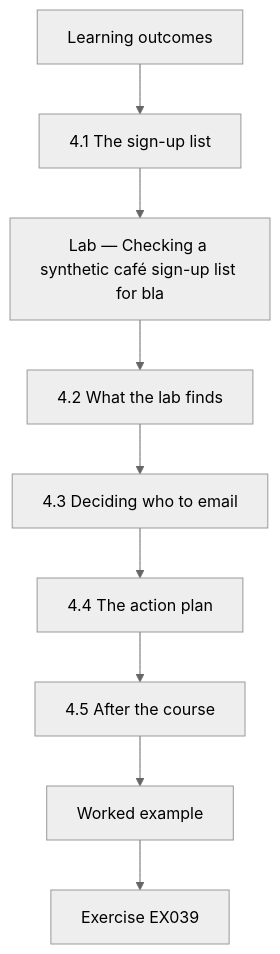
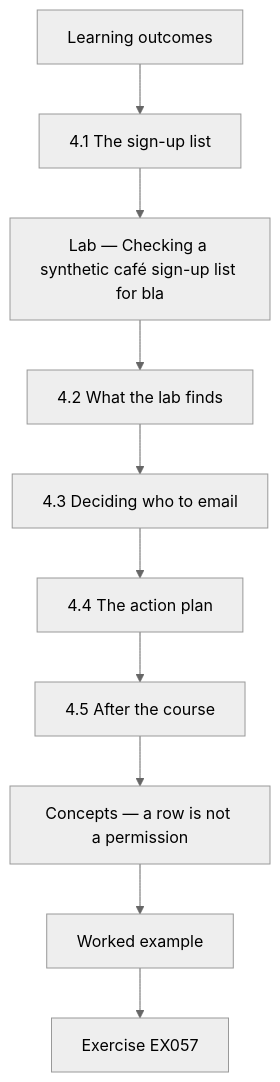
The tenth of 12 diagrams in levels/rapid-1-month/data-governance/en/book/MANUSCRIPT.md (hiagokinlevi/CyKin), drawn with Mermaid (neutral theme) before and after one commit. The commit also changed other lines of this file and 1 other file, not shown here.

````diff
--- a/levels/rapid-1-month/data-governance/en/book/MANUSCRIPT.md
+++ b/levels/rapid-1-month/data-governance/en/book/MANUSCRIPT.md
@@ -395,13 +581,14 @@
 ```mermaid
 flowchart TD
   N0["Learning outcomes"]
   N1["4.1 The sign-up list"]
   N2["Lab — Checking a synthetic café sign-up list for bla"]
   N3["4.2 What the lab finds"]
   N4["4.3 Deciding who to email"]
   N5["4.4 The action plan"]
   N6["4.5 After the course"]
-  N0 --> N1 --> N2 --> N3 --> N4 --> N5 --> N6
-  N6 --> EX["Worked example"]
-  EX --> Q["Exercise EX039"]
+  N7["Concepts — a row is not a permission"]
+  N0 --> N1 --> N2 --> N3 --> N4 --> N5 --> N6 --> N7
+  N7 --> EX["Worked example"]
+  EX --> Q["Exercise EX057"]
 ```
````
